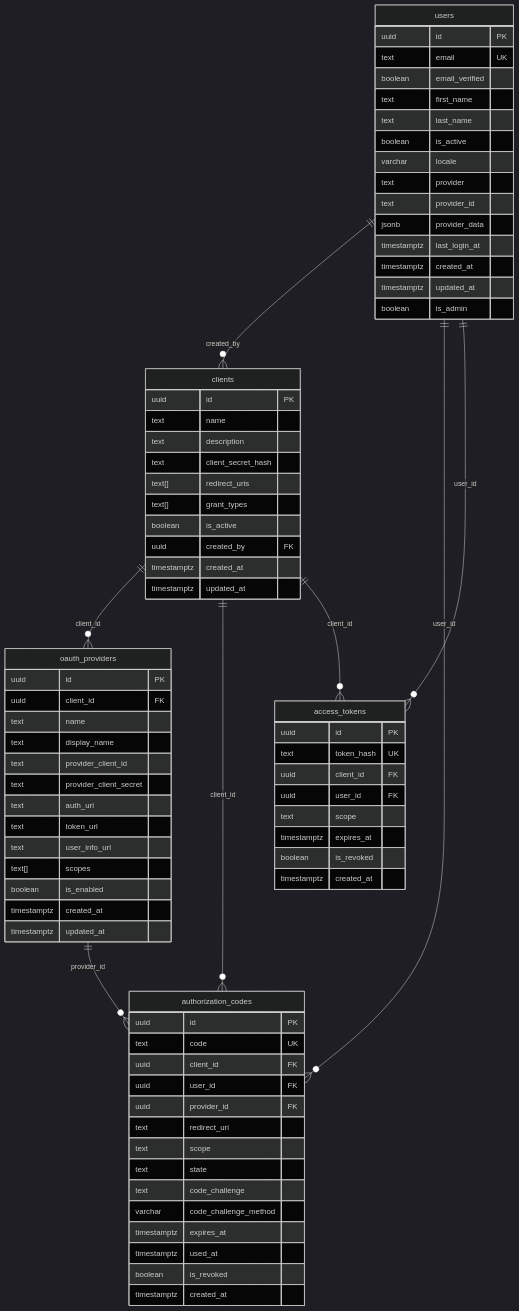
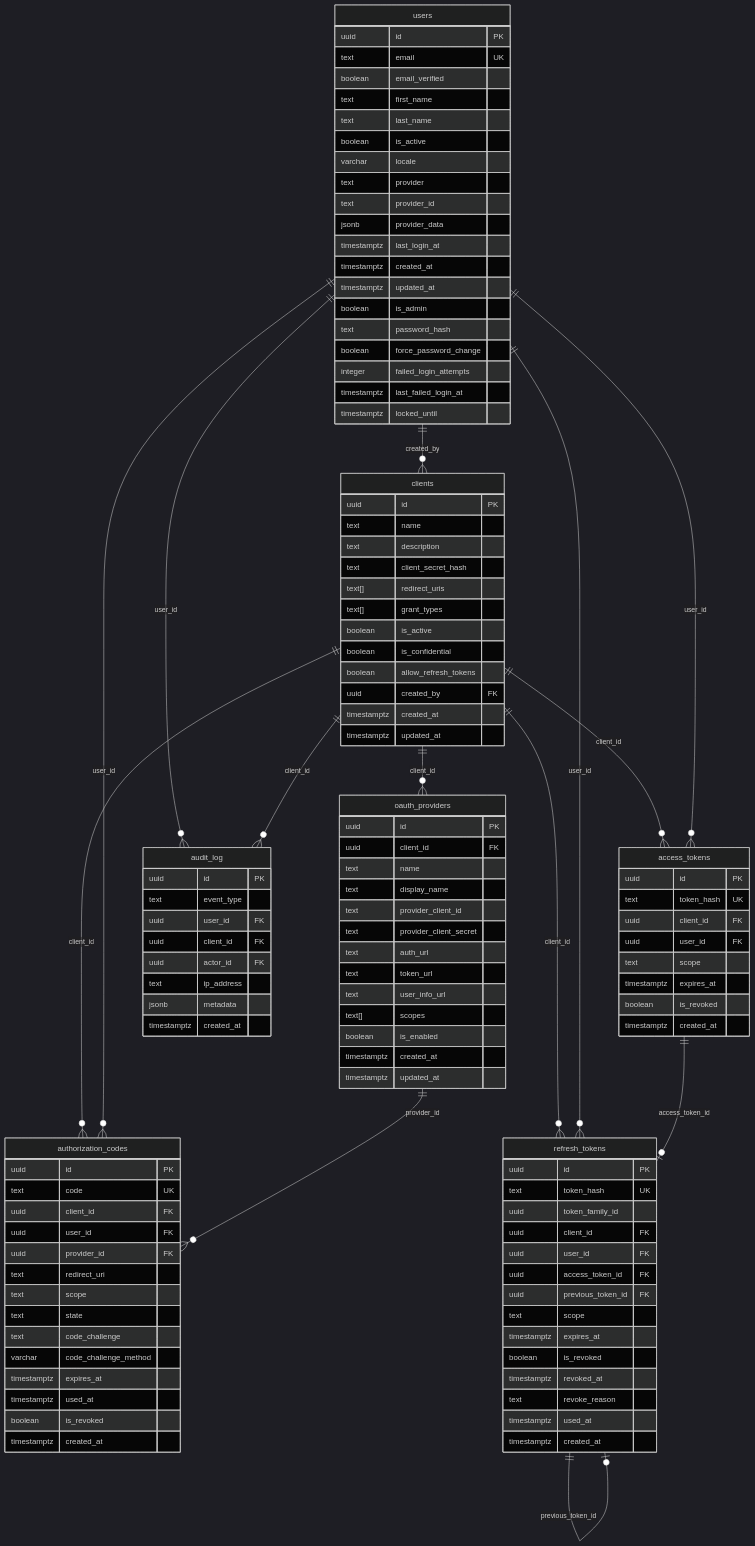
The diagram in docs/DatabaseDocumentation.md (SamuelWang/goauth-server), drawn with Mermaid (dark theme) before and after one commit. The commit also changed other lines of this file and 108 other files, not shown here.

````diff
--- a/docs/DatabaseDocumentation.md
+++ b/docs/DatabaseDocumentation.md
@@ -43,6 +47,11 @@
         timestamptz created_at
         timestamptz updated_at
         boolean is_admin
+        text password_hash
+        boolean force_password_change
+        integer failed_login_attempts
+        timestamptz last_failed_login_at
+        timestamptz locked_until
     }
 
     clients {
@@ -53,6 +62,8 @@
         text[] redirect_uris
         text[] grant_types
         boolean is_active
+        boolean is_confidential
+        boolean allow_refresh_tokens
         uuid created_by FK
         timestamptz created_at
         timestamptz updated_at
@@ -102,11 +113,45 @@
         timestamptz created_at
     }
 
+    refresh_tokens {
+        uuid id PK
+        text token_hash UK
+        uuid token_family_id
+        uuid client_id FK
+        uuid user_id FK
+        uuid access_token_id FK
+        uuid previous_token_id FK
+        text scope
+        timestamptz expires_at
+        boolean is_revoked
+        timestamptz revoked_at
+        text revoke_reason
+        timestamptz used_at
+        timestamptz created_at
+    }
+
+    audit_log {
+        uuid id PK
+        text event_type
+        uuid user_id FK
+        uuid client_id FK
+        uuid actor_id FK
+        text ip_address
+        jsonb metadata
+        timestamptz created_at
+    }
+
     users ||--o{ clients : "created_by"
     clients ||--o{ oauth_providers : "client_id"
     clients ||--o{ authorization_codes : "client_id"
     clients ||--o{ access_tokens : "client_id"
+    clients ||--o{ refresh_tokens : "client_id"
     users ||--o{ authorization_codes : "user_id"
     users ||--o{ access_tokens : "user_id"
+    users ||--o{ refresh_tokens : "user_id"
+    users ||--o{ audit_log : "user_id"
+    clients ||--o{ audit_log : "client_id"
     oauth_providers ||--o{ authorization_codes : "provider_id"
+    access_tokens ||--o| refresh_tokens : "access_token_id"
+    refresh_tokens ||--o| refresh_tokens : "previous_token_id"
 ```
````
